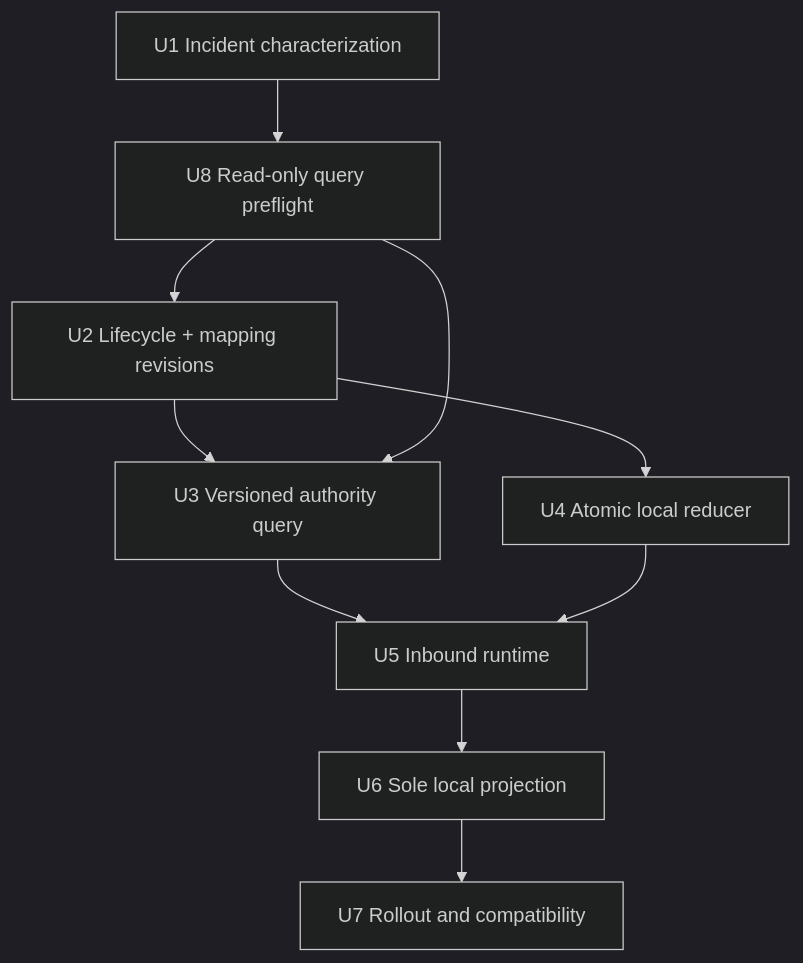
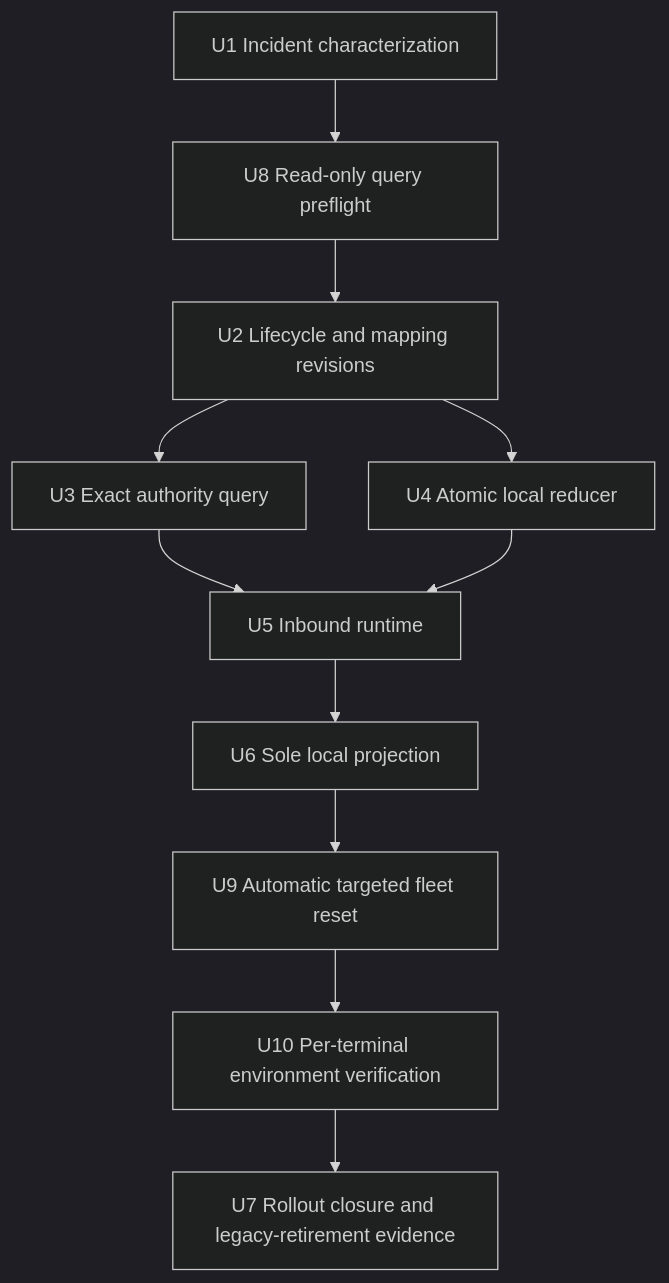
Before and after one commit to kwam1na/athena: the second of 2 diagrams in docs/plans/2026-07-10-001-fix-pos-register-authority-replication-plan.md, drawn with Mermaid (dark theme). The commit also changed other lines of this file and 14 other files, not shown here.

Commit message:
fix(pos): reset legacy local register state

````diff
--- a/docs/plans/2026-07-10-001-fix-pos-register-authority-replication-plan.md
+++ b/docs/plans/2026-07-10-001-fix-pos-register-authority-replication-plan.md
@@ -210,12 +159,13 @@
 ```mermaid
 flowchart TB
     U1["U1 Incident characterization"] --> U8["U8 Read-only query preflight"]
-    U8 --> U2["U2 Lifecycle + mapping revisions"]
-    U2 --> U3
+    U8 --> U2["U2 Lifecycle and mapping revisions"]
+    U2 --> U3["U3 Exact authority query"]
     U2 --> U4["U4 Atomic local reducer"]
-    U8 --> U3["U3 Versioned authority query"]
     U3 --> U5["U5 Inbound runtime"]
     U4 --> U5
     U5 --> U6["U6 Sole local projection"]
-    U6 --> U7["U7 Rollout and compatibility"]
+    U6 --> U9["U9 Automatic targeted fleet reset"]
+    U9 --> U10["U10 Per-terminal environment verification"]
+    U10 --> U7["U7 Rollout closure and legacy-retirement evidence"]
 ```
````
